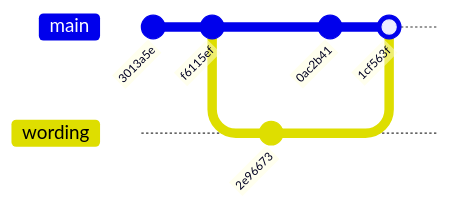
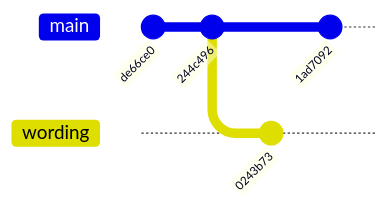
Before and after one commit to MindaugasSarpis/CERN_lessons_on_data_analysis: the ninth of 9 diagrams in lectures/content/slides/05_Version_Control.md, drawn with Mermaid. The commit also changed other lines of this file and 61 other files, not shown here.

````diff
--- a/lectures/content/slides/05_Version_Control.md
+++ b/lectures/content/slides/05_Version_Control.md
@@ -2169,11 +2124,10 @@
-```mermaid {scale: 0.85}
+```mermaid {scale: 0.8}
 gitGraph
-    commit id: "3013a5e"
-    commit id: "f6115ef"
+    commit id: "de66ce0"
+    commit id: "244c496"
     branch wording
     checkout wording
-    commit id: "2e96673"
+    commit id: "0243b73"
     checkout main
-    commit id: "0ac2b41"
-    merge wording id: "1cf563f"
+    commit id: "1ad7092"
 ```
````
